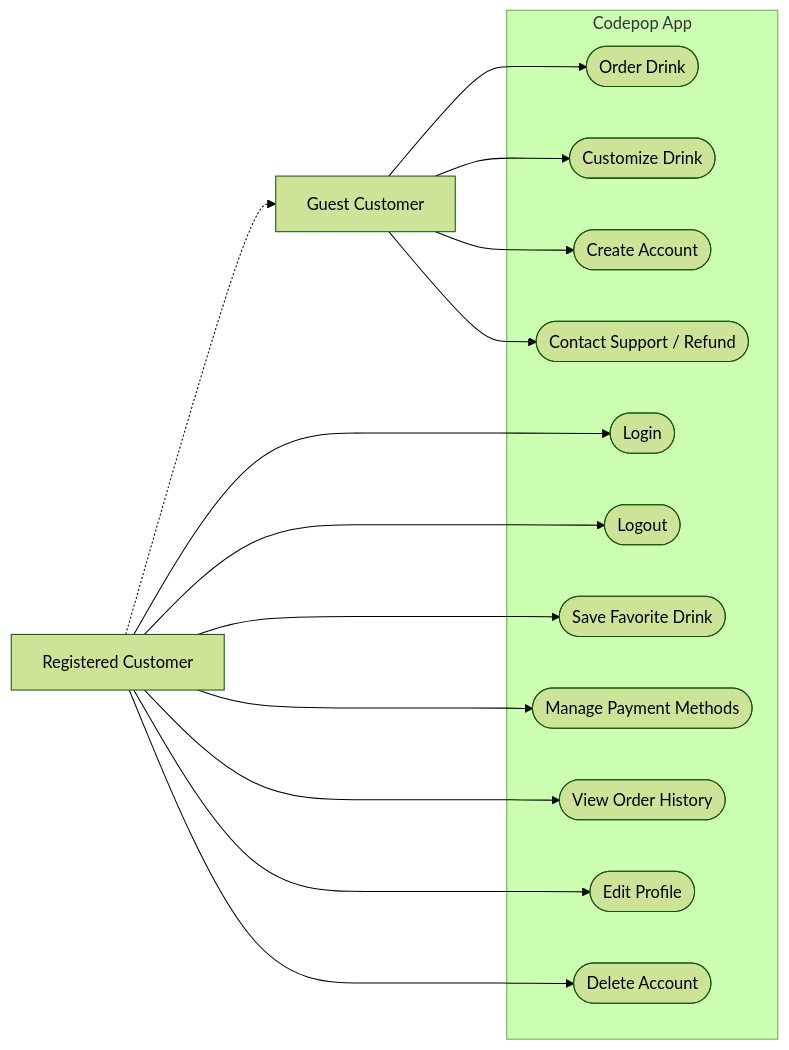
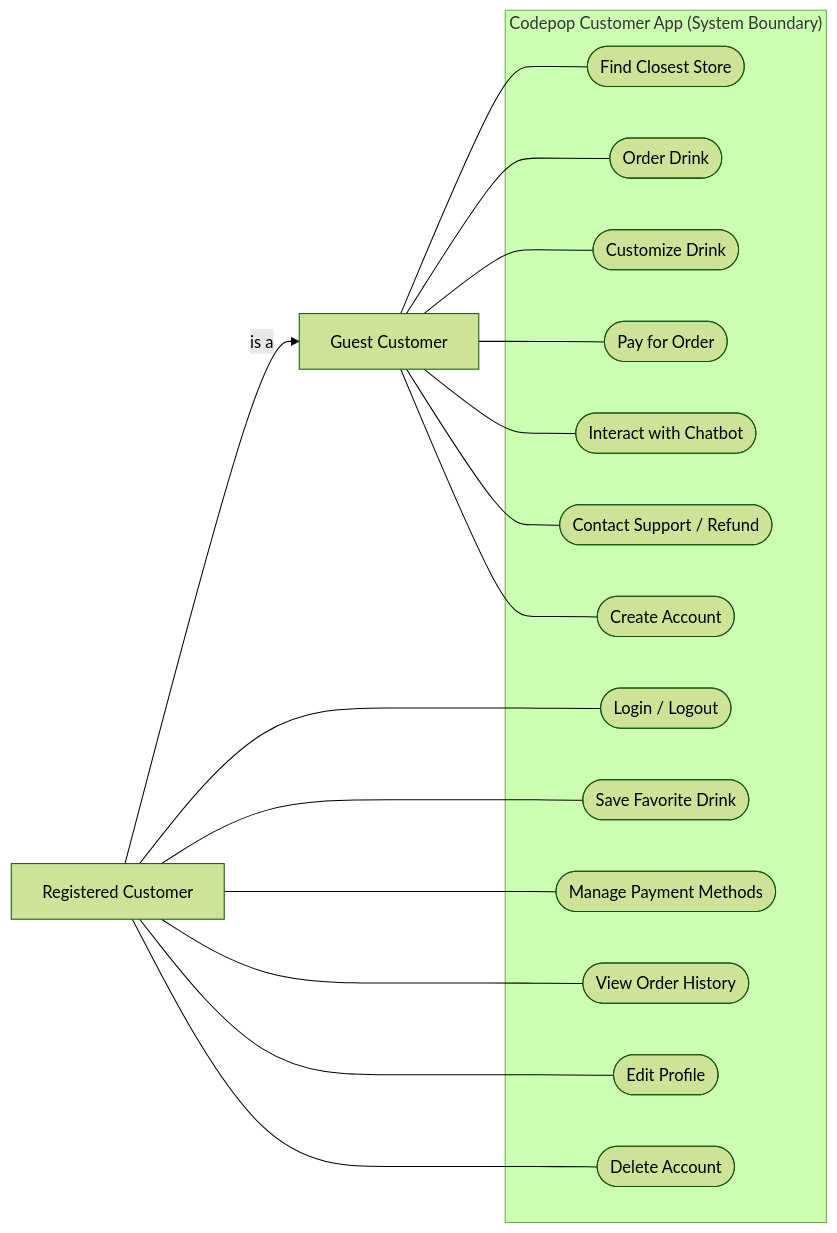
The first of 3 diagrams in documents/new_docs/Requirements_v2.md (CS3450-Team-3/codepop), drawn with Mermaid (forest theme) before and after one commit. The commit also changed other lines of this file, not shown here.

````diff
--- a/documents/new_docs/Requirements_v2.md
+++ b/documents/new_docs/Requirements_v2.md
@@ -591,36 +655,44 @@
 ```mermaid
 flowchart LR
-    %% Users
-    Guest[Guest Customer]
-    Reg[Registered Customer]
+    Guest["Guest Customer"]
+    Reg["Registered Customer"]
 
-    subgraph "Codepop App"
-        uc_order([Order Drink])
-        uc_custom([Customize Drink])
-        uc_create([Create Account])
-        uc_help([Contact Support / Refund])
+    %% Inheritance: Registered Customer inherits all Guest associations
+    Reg -- "is a" --> Guest
 
-        uc_login([Login])
-        uc_logout([Logout])
-        uc_save([Save Favorite Drink])
-        uc_pay([Manage Payment Methods])
-        uc_hist([View Order History])
-        uc_profile([Edit Profile])
-        uc_del([Delete Account])
+    subgraph "Codepop Customer App (System Boundary)"
+        %% Common Use Cases
+        UC1(["Find Closest Store"])
+        UC2(["Order Drink"])
+        UC3(["Customize Drink"])
+        UC4(["Pay for Order"])
+        UC5(["Interact with Chatbot"])
+        UC6(["Contact Support / Refund"])
+        UC7(["Create Account"])
+
+        %% Exclusive Use Cases
+        UC8(["Login / Logout"])
+        UC9(["Save Favorite Drink"])
+        UC10(["Manage Payment Methods"])
+        UC11(["View Order History"])
+        UC12(["Edit Profile"])
+        UC13(["Delete Account"])
     end
 
-    Reg -.-> Guest
+    %% Guest associations (also available to Reg via inheritance)
+    Guest --- UC1
+    Guest --- UC2
+    Guest --- UC3
+    Guest --- UC4
+    Guest --- UC5
+    Guest --- UC6
+    Guest --- UC7
 
-    Guest --> uc_order
-    Guest --> uc_custom
-    Guest --> uc_create
-    Guest --> uc_help
-
-    Reg --> uc_login
-    Reg --> uc_logout
-    Reg --> uc_save
-    Reg --> uc_pay
-    Reg --> uc_hist
-    Reg --> uc_profile
-    Reg --> uc_del
+    %% Registered only associations
+    Reg --- UC8
+    Reg --- UC9
+    Reg --- UC10
+    Reg --- UC11
+    Reg --- UC12
+    Reg --- UC13
 ```
````
